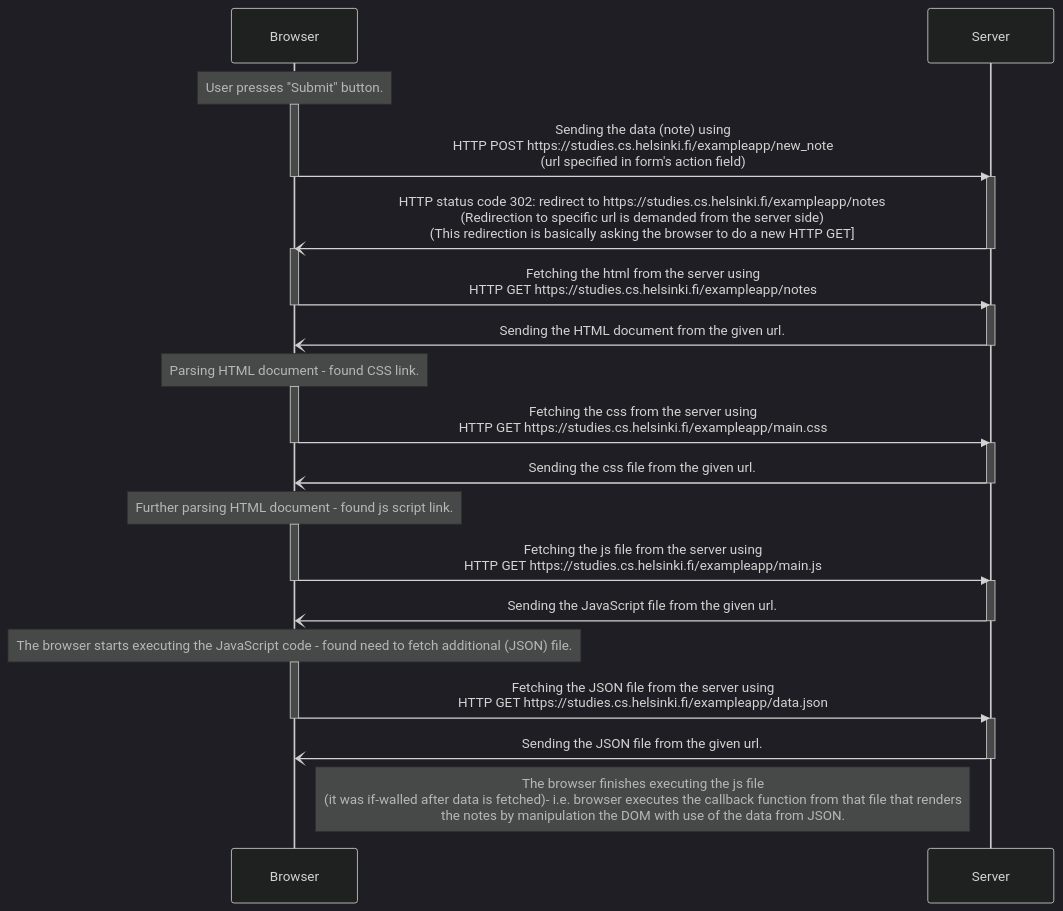
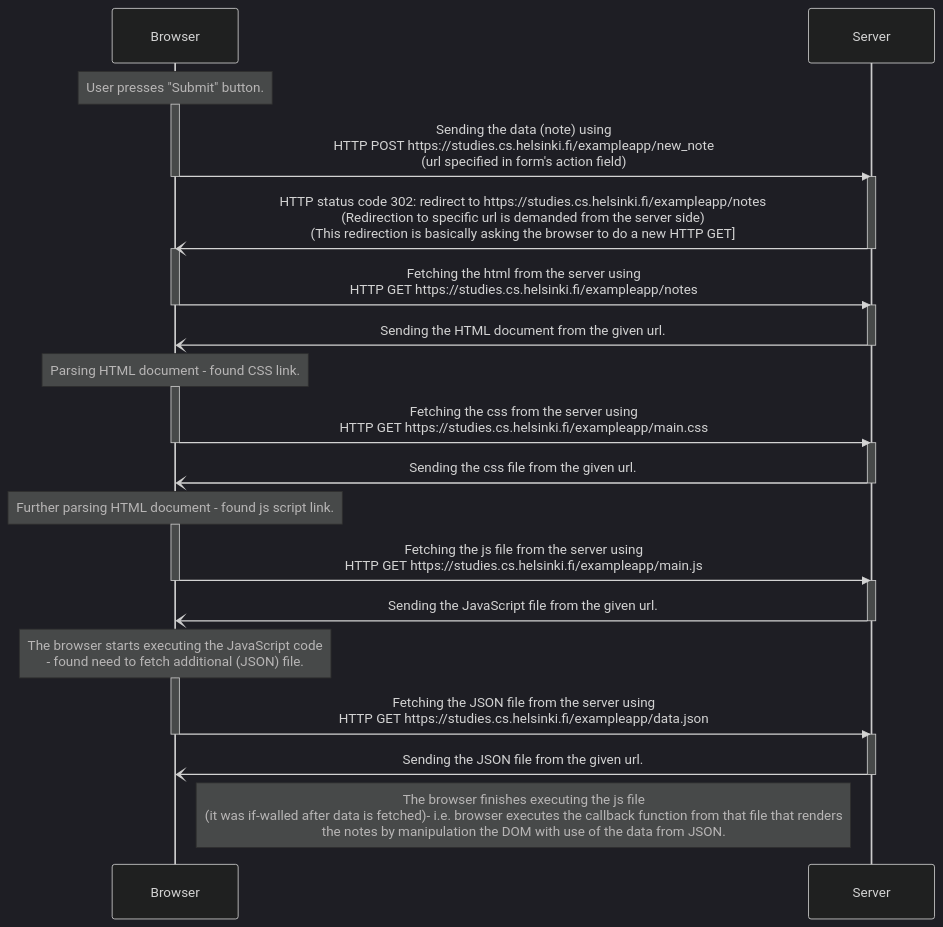
One commit to szmaragdynia/FullstackLearning changed the diagram in part0/excercise0-4.md. Above: the diagram before and after it, drawn with Mermaid (dark theme).

Commit message:
adding substance to excercise content

````diff
--- a/part0/excercise0-4.md
+++ b/part0/excercise0-4.md
@@ -1,56 +1,56 @@
 ```mermaid
 
 
 
 sequenceDiagram
     participant b as Browser
     participant s as Server
     
         Note over b: User presses "Submit" button.
     
 
     activate b
         b->>s: Sending the data (note) using <br/> HTTP POST https://studies.cs.helsinki.fi/exampleapp/new_note <br/> (url specified in form's action field) 
     deactivate b
     activate s
         s-)b: HTTP status code 302: redirect to https://studies.cs.helsinki.fi/exampleapp/notes <br/> (Redirection to specific url is demanded from the server side) <br/> (This redirection is basically asking the browser to do a new HTTP GET]
     deactivate s
 
 
     activate b
         b->>s: Fetching the html from the server using <br/> HTTP GET https://studies.cs.helsinki.fi/exampleapp/notes
     deactivate b
     activate s
         s-)b: Sending the HTML document from the given url.
     deactivate s
 
         Note over b: Parsing HTML document - found CSS link.
 
     activate b
         b->>s: Fetching the css from the server using <br/> HTTP GET https://studies.cs.helsinki.fi/exampleapp/main.css
     deactivate b
     activate s
         s-)b: Sending the css file from the given url.
     deactivate s
 
         Note over b: Further parsing HTML document - found js script link.
     
     activate b
         b->>s: Fetching the js file from the server using <br/> HTTP GET https://studies.cs.helsinki.fi/exampleapp/main.js
     deactivate b
     activate s
         s-)b: Sending the JavaScript file from the given url.
     deactivate s
 
-        Note over b: The browser starts executing the JavaScript code - found need to fetch additional (JSON) file.
+        Note over b: The browser starts executing the JavaScript code <br/>- found need to fetch additional (JSON) file.
     
     activate b
         b->>s:Fetching the JSON file from the server using <br/> HTTP GET https://studies.cs.helsinki.fi/exampleapp/data.json
     deactivate b
     activate s
         s-)b: Sending the JSON file from the given url.
     deactivate s
 
         Note right of b: The browser finishes executing the js file <br/> (it was if-walled after data is fetched)- i.e. browser executes the callback function from that file that renders <br/> the notes by manipulation the DOM with use of the data from JSON.
     
 ```
````
